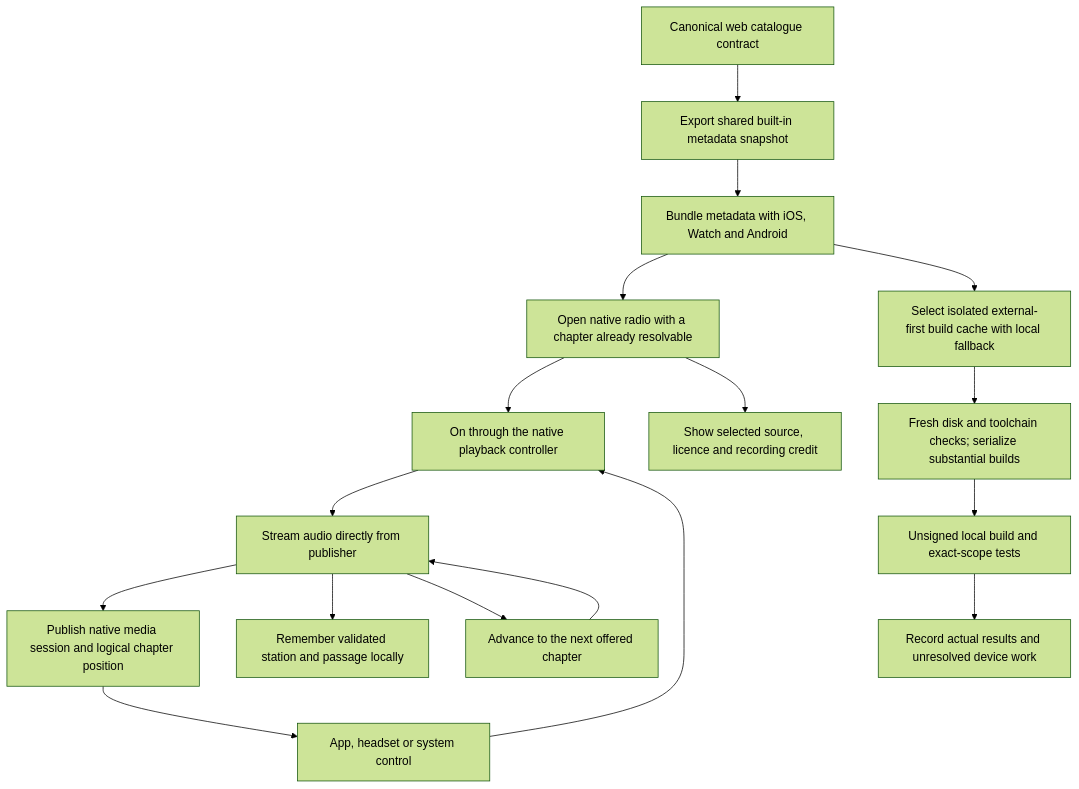
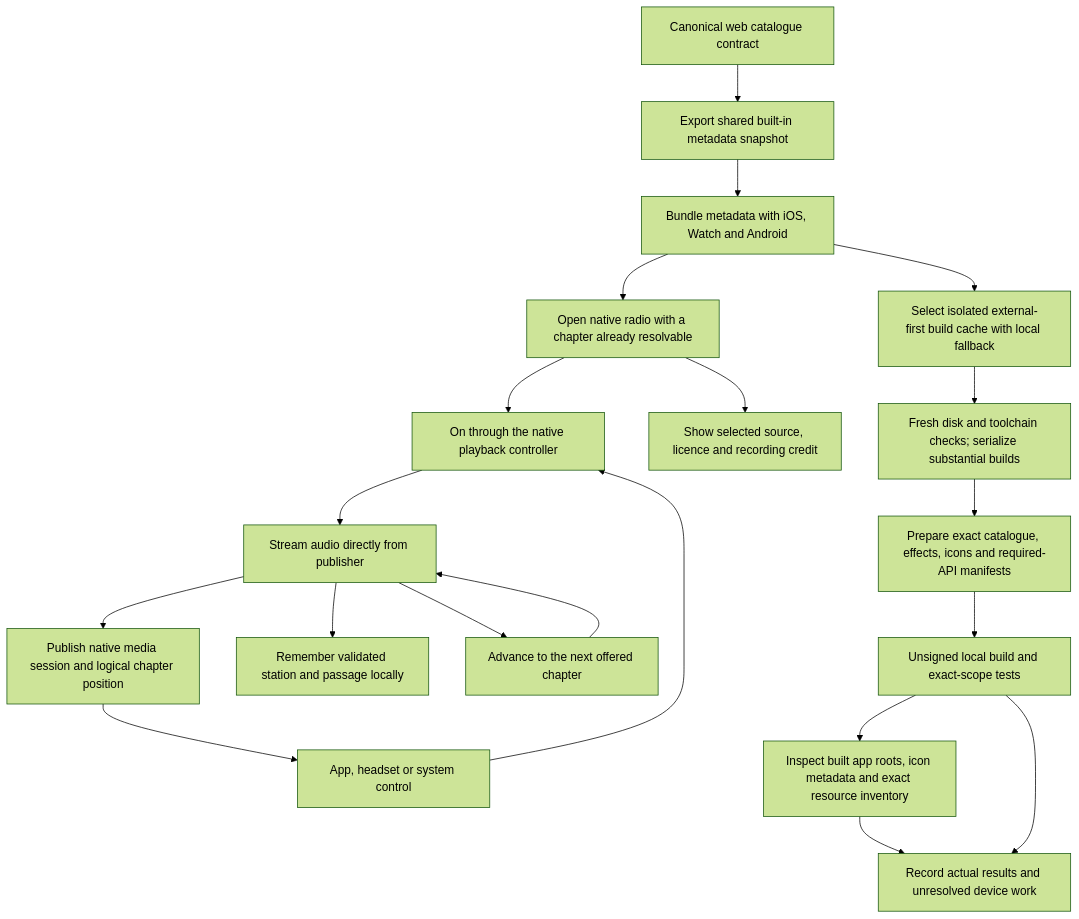
One commit to loveJesus/audiobiblerad.io-chirho changed the first of 2 diagrams in spec-chirho/workflows-chirho/experience-chirho/native_players_workflow_chirho.md. Above: the diagram before and after it, drawn with Mermaid (forest theme). The commit also changed other lines of this file and 39 other files, not shown here.

First line of the commit message:
Add bounded scene worlds and verified Apple app resources

````diff
--- a/spec-chirho/workflows-chirho/experience-chirho/native_players_workflow_chirho.md
+++ b/spec-chirho/workflows-chirho/experience-chirho/native_players_workflow_chirho.md
@@ -7,19 +7,22 @@
 ```mermaid
 flowchart TD
     catalogue_chirho[Canonical web catalogue contract] --> export_chirho[Export shared built-in metadata snapshot]
     export_chirho --> bundle_chirho[Bundle metadata with iOS, Watch and Android]
     bundle_chirho --> open_chirho[Open native radio with a chapter already resolvable]
     open_chirho --> on_chirho[On through the native playback controller]
     on_chirho --> source_chirho[Stream audio directly from publisher]
     source_chirho --> platform_chirho[Publish native media session and logical chapter position]
     platform_chirho --> command_chirho[App, headset or system control]
     command_chirho --> on_chirho
     source_chirho --> save_chirho[Remember validated station and passage locally]
     source_chirho --> next_chirho[Advance to the next offered chapter]
     next_chirho --> source_chirho
     open_chirho --> notices_chirho[Show selected source, licence and recording credit]
     bundle_chirho --> build_chirho[Select isolated external-first build cache with local fallback]
     build_chirho --> admission_chirho[Fresh disk and toolchain checks; serialize substantial builds]
-    admission_chirho --> local_chirho[Unsigned local build and exact-scope tests]
+    admission_chirho --> resources_chirho[Prepare exact catalogue, effects, icons and required-API manifests]
+    resources_chirho --> local_chirho[Unsigned local build and exact-scope tests]
+    local_chirho --> inspect_chirho[Inspect built app roots, icon metadata and exact resource inventory]
+    inspect_chirho --> record_chirho
     local_chirho --> record_chirho[Record actual results and unresolved device work]
 ```
````
